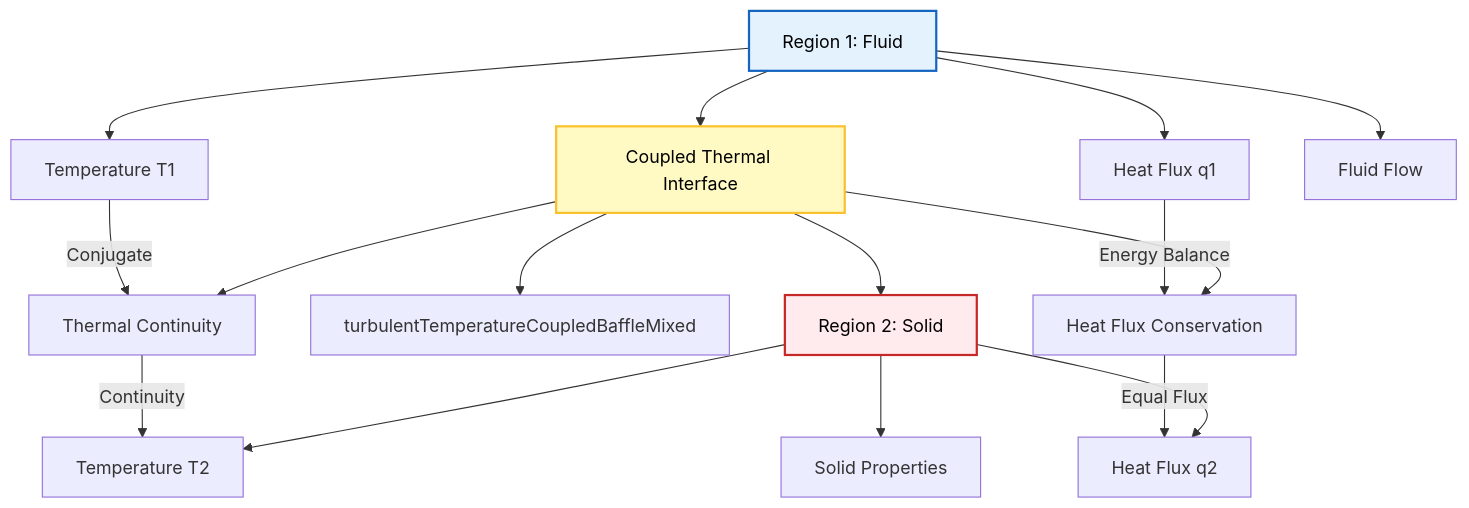
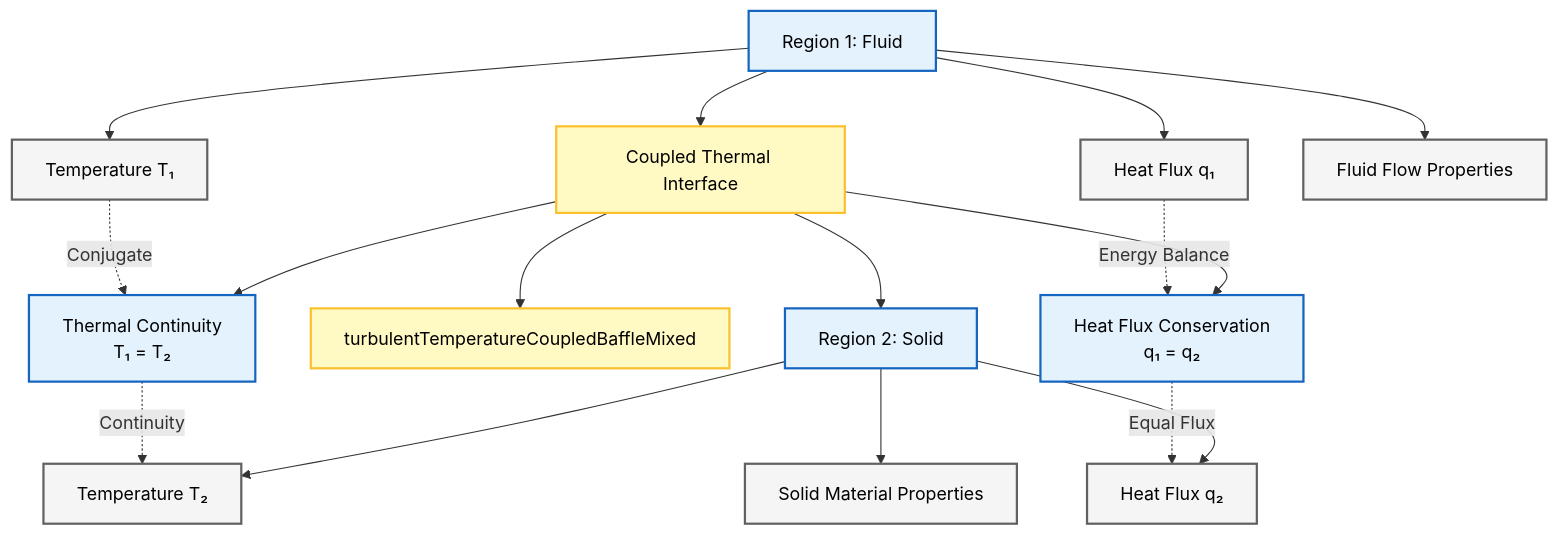
One commit to wramet/build-my-cfd changed the tenth of 11 diagrams in MODULE_01_CFD_FUNDAMENTALS/CONTENT/03_BOUNDARY_CONDITIONS/02_Fundamental_Classification.md. Above: the diagram before and after it, drawn with Mermaid. The commit also changed other lines of this file and 313 other files, not shown here.

Commit message:
Revise all diagram

````diff
--- a/MODULE_01_CFD_FUNDAMENTALS/CONTENT/03_BOUNDARY_CONDITIONS/02_Fundamental_Classification.md
+++ b/MODULE_01_CFD_FUNDAMENTALS/CONTENT/03_BOUNDARY_CONDITIONS/02_Fundamental_Classification.md
@@ -985,26 +953,26 @@
 ```mermaid
 graph TD
-    A["Region 1: Fluid"] --> B["Coupled Thermal Interface"]
-    B --> C["Region 2: Solid"]
+A["Region 1: Fluid"]:::implicit --> B["Coupled Thermal Interface"]:::explicit
+B --> C["Region 2: Solid"]:::implicit
 
-    A --> A1["Temperature T1"]
-    A --> A2["Heat Flux q1"]
-    A --> A3["Fluid Flow"]
+A --> A1["Temperature T₁"]:::context
+A --> A2["Heat Flux q₁"]:::context
+A --> A3["Fluid Flow Properties"]:::context
 
-    B --> B1["turbulentTemperatureCoupledBaffleMixed"]
-    B --> B2["Thermal Continuity"]
-    B --> B3["Heat Flux Conservation"]
+B --> B1["turbulentTemperatureCoupledBaffleMixed"]:::explicit
+B --> B2["Thermal Continuity<br/>T₁ = T₂"]:::implicit
+B --> B3["Heat Flux Conservation<br/>q₁ = q₂"]:::implicit
 
-    C --> C1["Temperature T2"]
-    C --> C2["Heat Flux q2"]
-    C --> C3["Solid Properties"]
+C --> C1["Temperature T₂"]:::context
+C --> C2["Heat Flux q₂"]:::context
+C --> C3["Solid Material Properties"]:::context
 
-    A1 -- "Conjugate" --> B2
-    B2 -- "Continuity" --> C1
-    A2 -- "Energy Balance" --> B3
-    B3 -- "Equal Flux" --> C2
+A1 -.->|Conjugate| B2
+B2 -.->|Continuity| C1
+A2 -.->|Energy Balance| B3
+B3 -.->|Equal Flux| C2
 
-    style A fill:#e3f2fd,stroke:#1565c0,stroke-width:2px,color:#000;
-    style B fill:#fff9c4,stroke:#fbc02d,stroke-width:2px,color:#000;
-    style C fill:#ffebee,stroke:#c62828,stroke-width:2px,color:#000
+classDef context fill:#f5f5f5,stroke:#616161,stroke-width:2px,color:#000;
+classDef implicit fill:#e3f2fd,stroke:#1565c0,stroke-width:2px,color:#000;
+classDef explicit fill:#fff9c4,stroke:#fbc02d,stroke-width:2px,color:#000;
 ```
````
